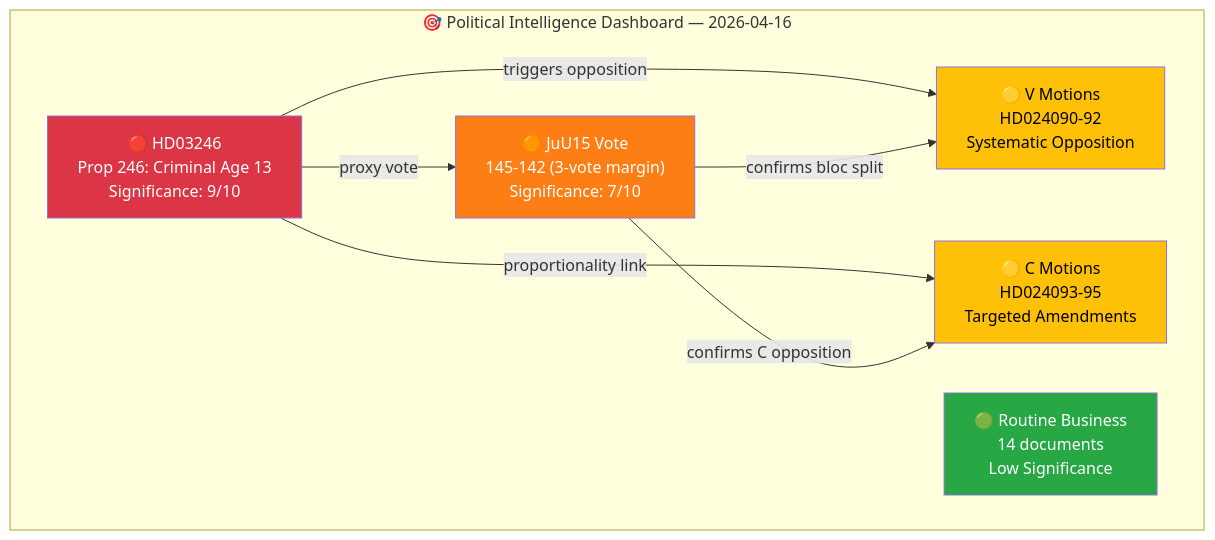
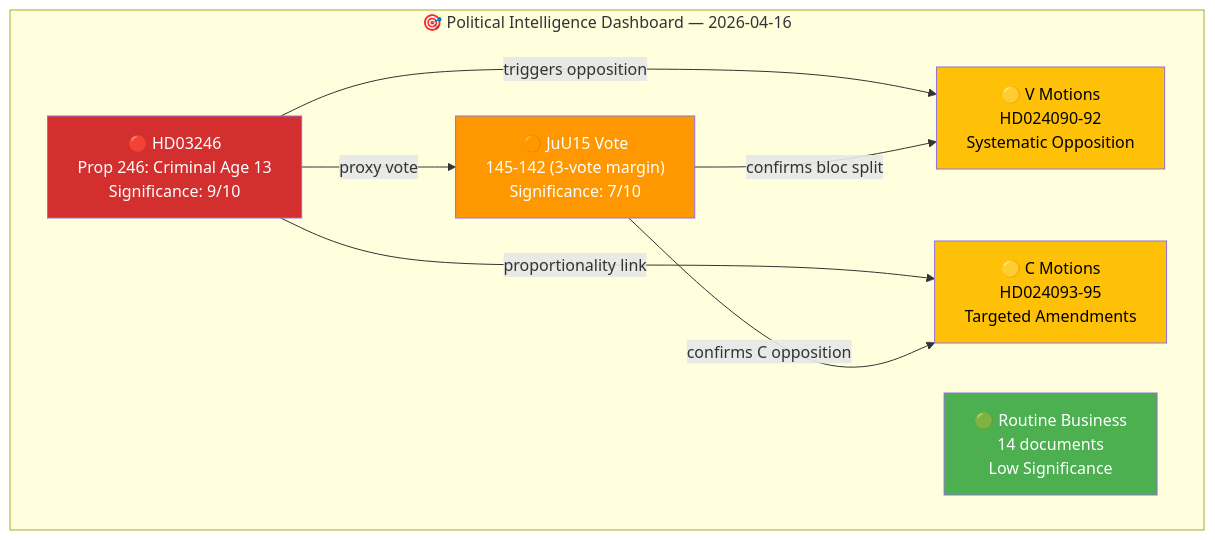
One commit to Hack23/riksdagsmonitor changed the diagram in analysis/daily/2026-04-16/realtime-1244/synthesis-summary.md. Above: the diagram before and after it, drawn with Mermaid. The commit also changed 785 other files, not shown here.

First line of the commit message:
Normalize mermaid colors across 786 analysis artifacts to ISMS Style Guide palette

````diff
--- a/analysis/daily/2026-04-16/realtime-1244/synthesis-summary.md
+++ b/analysis/daily/2026-04-16/realtime-1244/synthesis-summary.md
@@ -70,22 +70,22 @@
 ```mermaid
 graph TB
     subgraph "🎯 Political Intelligence Dashboard — 2026-04-16"
         HD03246["🔴 HD03246<br/>Prop 246: Criminal Age 13<br/>Significance: 9/10"]
         JuU15["🟠 JuU15 Vote<br/>145-142 (3-vote margin)<br/>Significance: 7/10"]
         MOTV["🟡 V Motions<br/>HD024090-92<br/>Systematic Opposition"]
         MOTC["🟡 C Motions<br/>HD024093-95<br/>Targeted Amendments"]
         ROUTINE["🟢 Routine Business<br/>14 documents<br/>Low Significance"]
     end
 
     HD03246 -->|"proxy vote"| JuU15
     HD03246 -->|"triggers opposition"| MOTV
     HD03246 -->|"proportionality link"| MOTC
     JuU15 -->|"confirms bloc split"| MOTV
     JuU15 -->|"confirms C opposition"| MOTC
 
-    style HD03246 fill:#dc3545,color:#fff
-    style JuU15 fill:#fd7e14,color:#fff
-    style MOTV fill:#ffc107,color:#000
-    style MOTC fill:#ffc107,color:#000
-    style ROUTINE fill:#28a745,color:#fff
+    style HD03246 fill:#D32F2F,color:#FFFFFF
+    style JuU15 fill:#FF9800,color:#FFFFFF
+    style MOTV fill:#FFC107,color:#000000
+    style MOTC fill:#FFC107,color:#000000
+    style ROUTINE fill:#4CAF50,color:#FFFFFF
 ```
````
